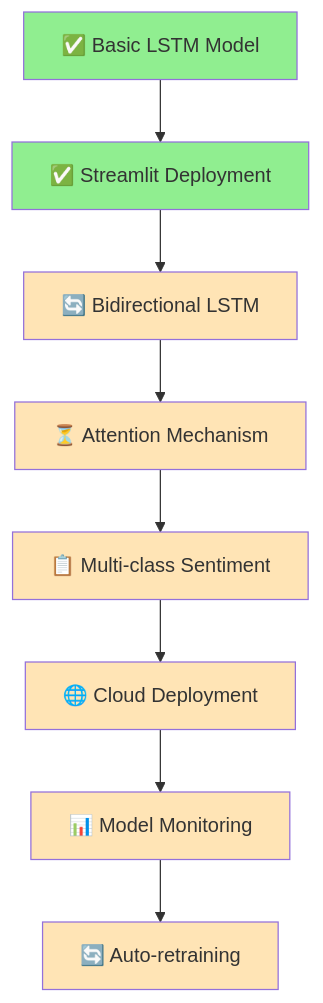
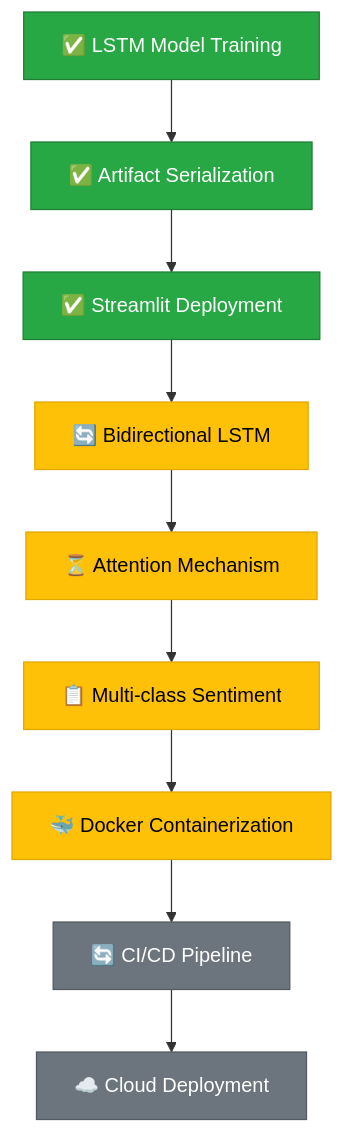
The diagram in README.md (dinraj910/Sentiment-Analysis-LSTM-NLP), drawn with Mermaid before and after one commit. The commit also changed other lines of this file and 4 other files, not shown here.

First line of the commit message:
Add LSTM-based sentiment analysis model with interactive prediction interface

````diff
--- a/README.md
+++ b/README.md
@@ -371,19 +447,21 @@
 ```mermaid
 graph TD
-    A[✅ Basic LSTM Model] --> B[✅ Streamlit Deployment]
-    B --> C[🔄 Bidirectional LSTM]
-    C --> D[⏳ Attention Mechanism]
-    D --> E[📋 Multi-class Sentiment]
-    E --> F[🌐 Cloud Deployment]
-    F --> G[📊 Model Monitoring]
-    G --> H[🔄 Auto-retraining]
-    
-    style A fill:#90EE90
-    style B fill:#90EE90
-    style C fill:#FFE4B5
-    style D fill:#FFE4B5
-    style E fill:#FFE4B5
-    style F fill:#FFE4B5
-    style G fill:#FFE4B5
-    style H fill:#FFE4B5
+    A[✅ LSTM Model Training] --> B[✅ Artifact Serialization]
+    B --> C[✅ Streamlit Deployment]
+    C --> D[🔄 Bidirectional LSTM]
+    D --> E[⏳ Attention Mechanism]
+    E --> F[📋 Multi-class Sentiment]
+    F --> G[🐳 Docker Containerization]
+    G --> H[🔄 CI/CD Pipeline]
+    H --> I[☁️ Cloud Deployment]
+
+    style A fill:#28a745,stroke:#1e7e34,color:#fff
+    style B fill:#28a745,stroke:#1e7e34,color:#fff
+    style C fill:#28a745,stroke:#1e7e34,color:#fff
+    style D fill:#ffc107,stroke:#e0a800,color:#000
+    style E fill:#ffc107,stroke:#e0a800,color:#000
+    style F fill:#ffc107,stroke:#e0a800,color:#000
+    style G fill:#ffc107,stroke:#e0a800,color:#000
+    style H fill:#6c757d,stroke:#545b62,color:#fff
+    style I fill:#6c757d,stroke:#545b62,color:#fff
 ```
````
